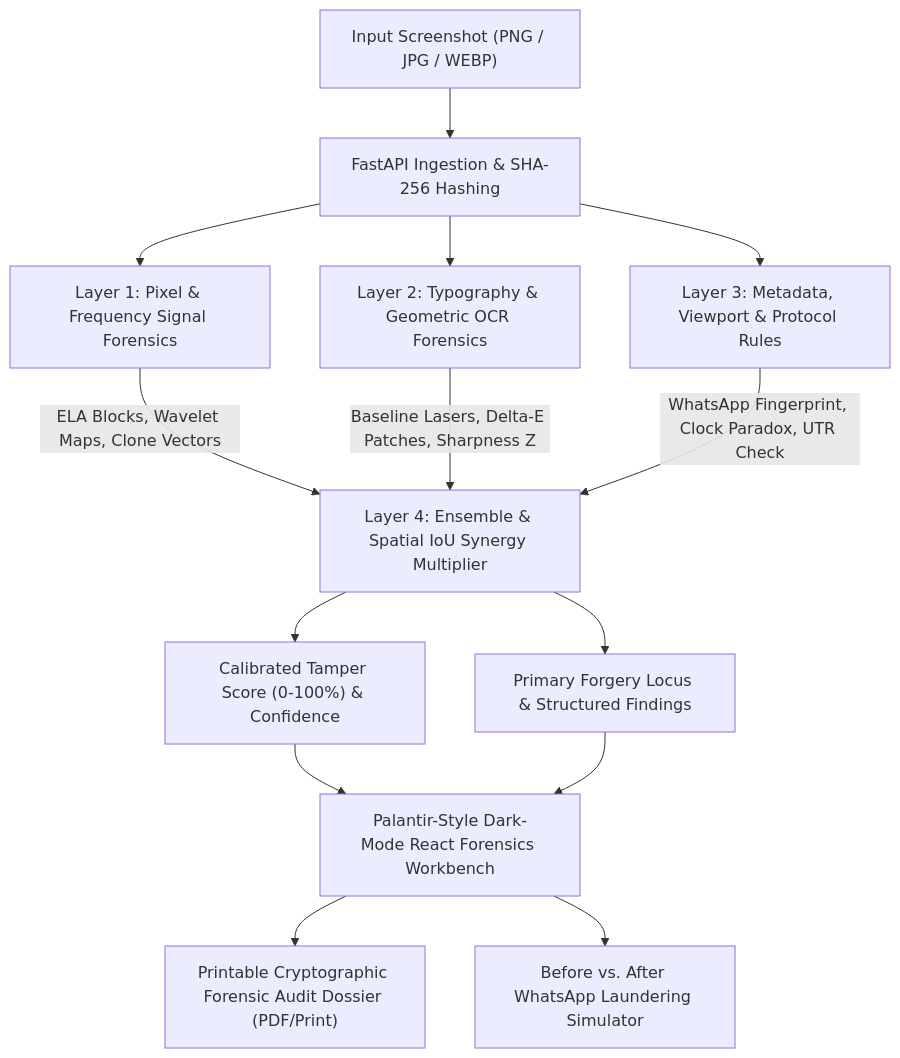
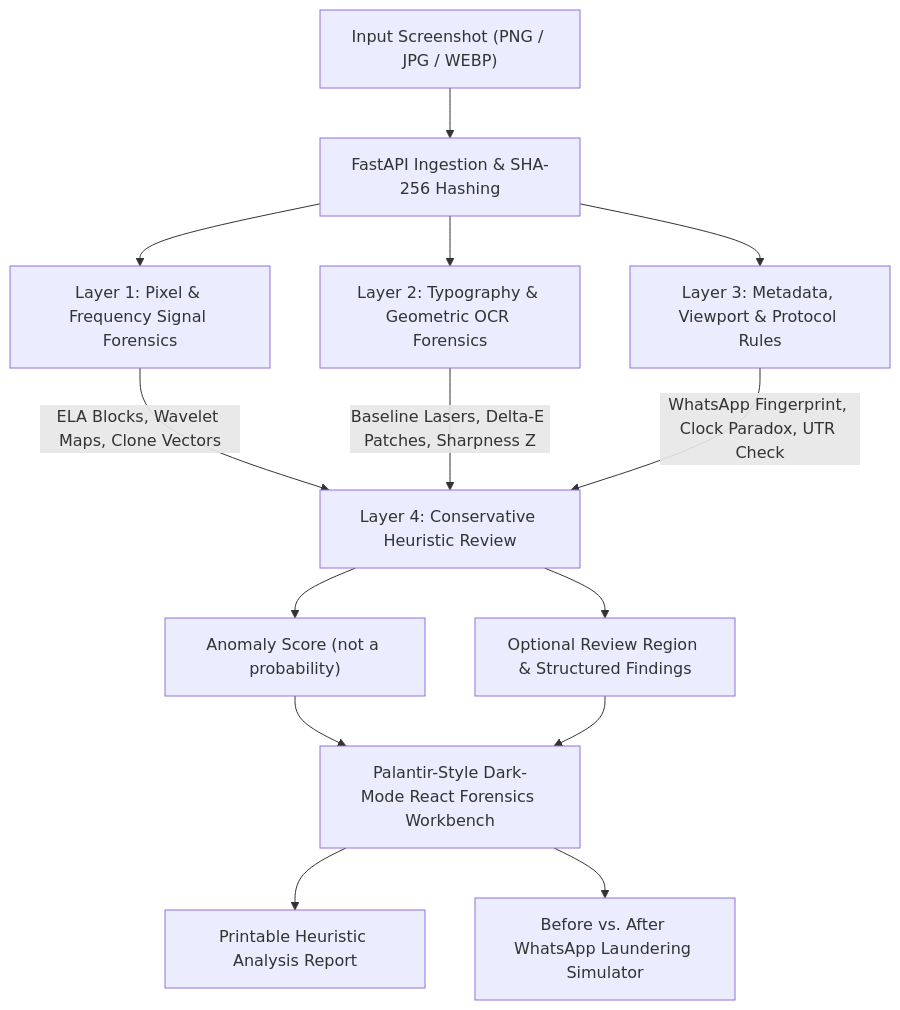
The diagram in docs/ARCHITECTURE.md (Arya99908/verisight-hackstellar-ps12), drawn with Mermaid before and after one commit. The commit also changed other lines of this file and 17 other files, not shown here.

````diff
--- a/docs/ARCHITECTURE.md
+++ b/docs/ARCHITECTURE.md
@@ -19,19 +16,19 @@
 ```mermaid
 flowchart TD
     A["Input Screenshot (PNG / JPG / WEBP)"] --> B["FastAPI Ingestion & SHA-256 Hashing"]
     B --> L1["Layer 1: Pixel & Frequency Signal Forensics"]
     B --> L2["Layer 2: Typography & Geometric OCR Forensics"]
     B --> L3["Layer 3: Metadata, Viewport & Protocol Rules"]
     
-    L1 -->|"ELA Blocks, Wavelet Maps, Clone Vectors"| L4["Layer 4: Ensemble & Spatial IoU Synergy Multiplier"]
+    L1 -->|"ELA Blocks, Wavelet Maps, Clone Vectors"| L4["Layer 4: Conservative Heuristic Review"]
     L2 -->|"Baseline Lasers, Delta-E Patches, Sharpness Z"| L4
     L3 -->|"WhatsApp Fingerprint, Clock Paradox, UTR Check"| L4
     
-    L4 --> C["Calibrated Tamper Score (0-100%) & Confidence"]
-    L4 --> D["Primary Forgery Locus & Structured Findings"]
+    L4 --> C["Anomaly Score (not a probability)"]
+    L4 --> D["Optional Review Region & Structured Findings"]
     
     C --> FE["Palantir-Style Dark-Mode React Forensics Workbench"]
     D --> FE
-    FE --> EXP["Printable Cryptographic Forensic Audit Dossier (PDF/Print)"]
+    FE --> EXP["Printable Heuristic Analysis Report"]
     FE --> SIM["Before vs. After WhatsApp Laundering Simulator"]
 ```
````
